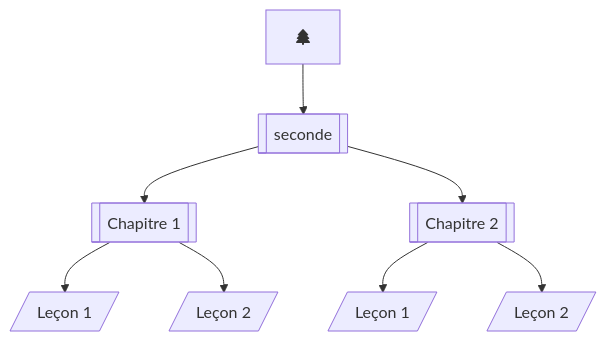
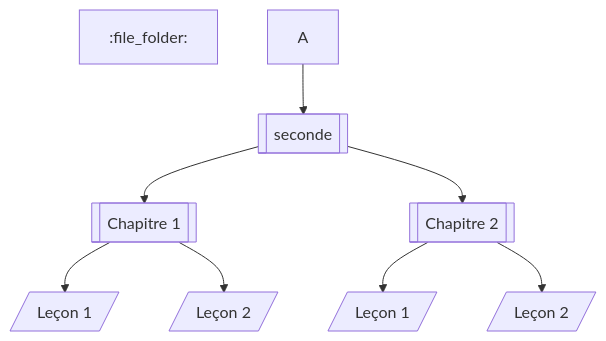
One commit to boddaert/snt changed the diagram in seconde/Introduction/Introduction.md. Above: the diagram before and after it, drawn with Mermaid. The commit also changed other lines of this file, not shown here.

````diff
--- a/seconde/Introduction/Introduction.md
+++ b/seconde/Introduction/Introduction.md
@@ -5,12 +5,12 @@
 ```mermaid
     flowchart TB;
-        A["fa:fa-tree"]
+        markdown["`:file_folder:`"]
         
         A-->B[[seconde]];
         B[[seconde]]-->C[[Chapitre 1]]
         B[[seconde]]-->F[[Chapitre 2]]
         C[[Chapitre 1]]-->D[/Leçon 1/]
         C[[Chapitre 1]]-->E[/Leçon 2/]
         F[[Chapitre 2]]-->G[/Leçon 1/]
         F[[Chapitre 2]]-->H[/Leçon 2/]
 ```
````
